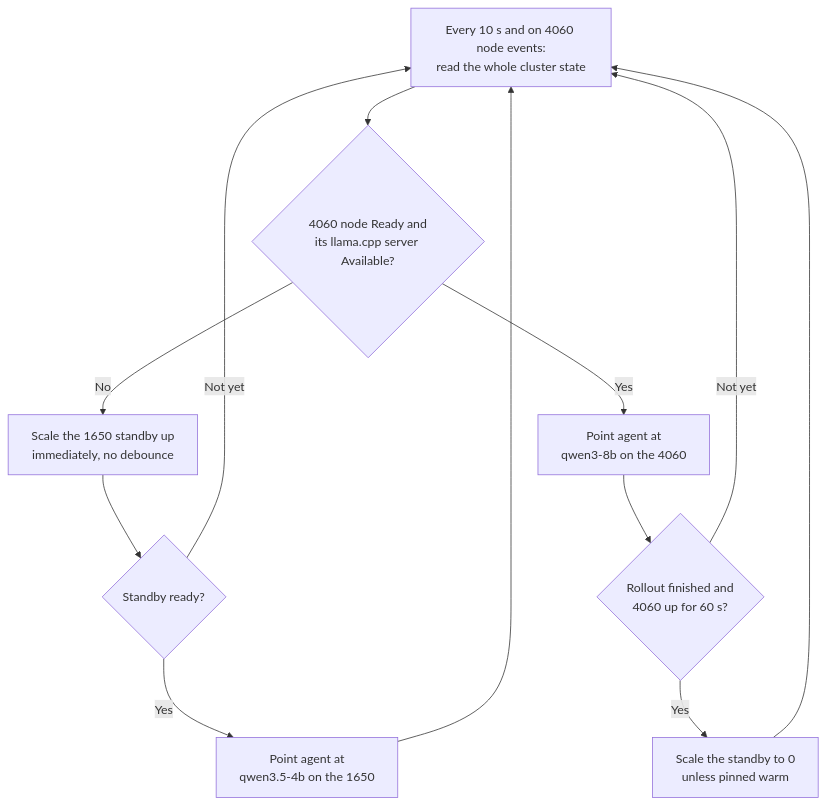
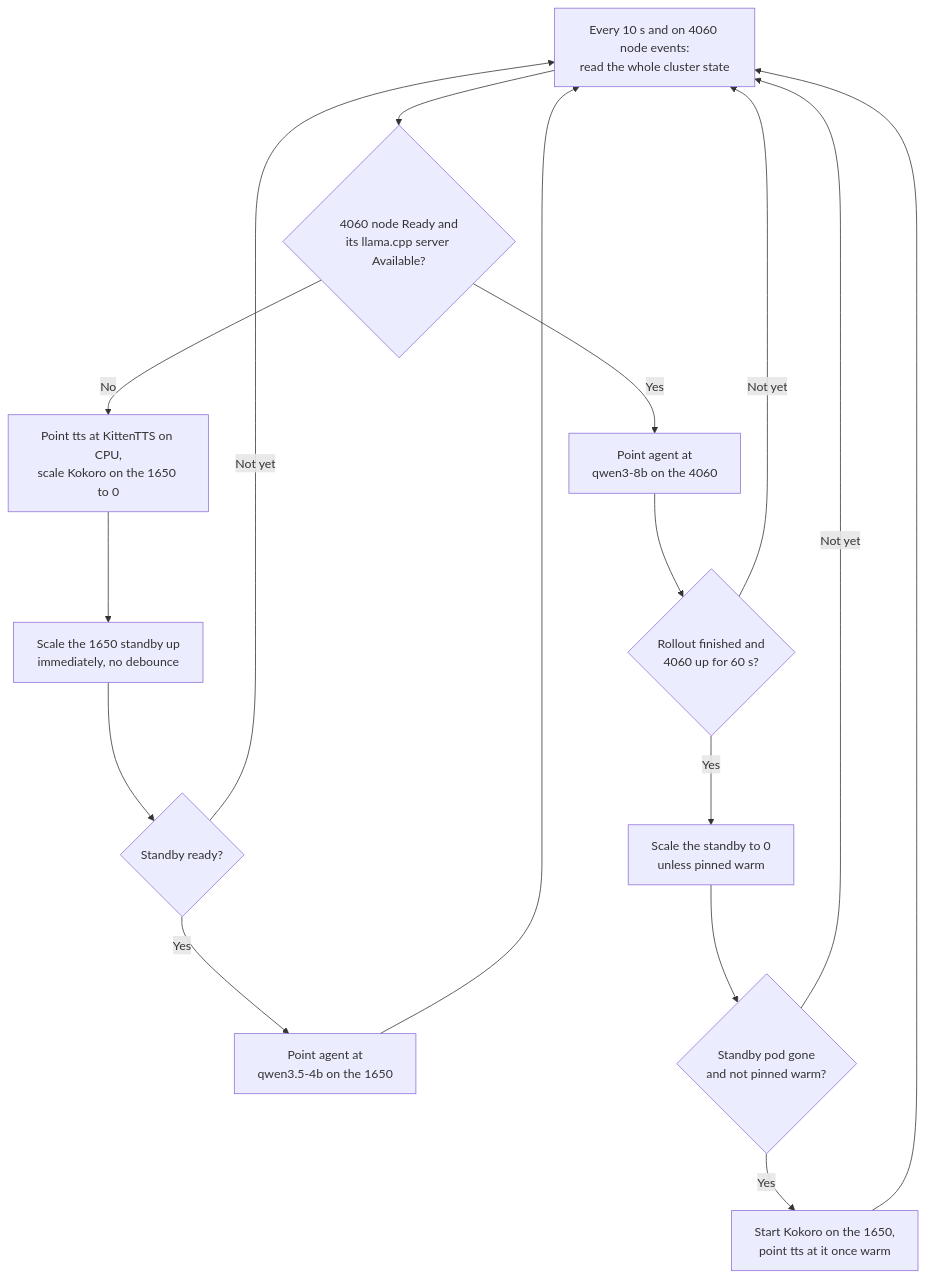
One commit to adixg/voice-assistant changed the fifth of 5 diagrams in README.md. Above: the diagram before and after it, drawn with Mermaid. The commit also changed other lines of this file and 8 other files, not shown here.

````diff
--- a/README.md
+++ b/README.md
@@ -184,14 +185,18 @@
 ```mermaid
 flowchart TD
     A["Every 10 s and on 4060 node events:<br>read the whole cluster state"] --> B{"4060 node Ready and<br>its llama.cpp server Available?"}
-    B -->|No| C["Scale the 1650 standby up<br>immediately, no debounce"]
+    B -->|No| T["Point tts at KittenTTS on CPU,<br>scale Kokoro on the 1650 to 0"]
+    T --> C["Scale the 1650 standby up<br>immediately, no debounce"]
     C --> D{"Standby ready?"}
     D -->|Yes| E["Point agent at<br>qwen3.5-4b on the 1650"]
     D -->|Not yet| A
     B -->|Yes| F["Point agent at<br>qwen3-8b on the 4060"]
     F --> G{"Rollout finished and<br>4060 up for 60 s?"}
     G -->|Yes| H["Scale the standby to 0<br>unless pinned warm"]
     G -->|Not yet| A
+    H --> I{"Standby pod gone<br>and not pinned warm?"}
+    I -->|Yes| J["Start Kokoro on the 1650,<br>point tts at it once warm"]
+    I -->|Not yet| A
     E --> A
-    H --> A
+    J --> A
 ```
````
